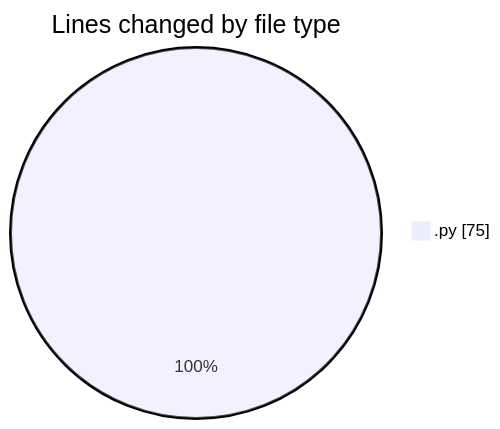
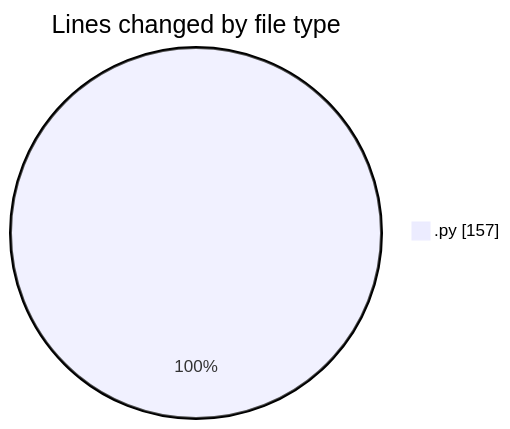
Before and after one commit to ernivani/code-tracking: the first of 2 diagrams in 2025-01-02/ai/README.md, drawn with Mermaid. The commit also changed other lines of this file and 1 other file, not shown here.

````diff
--- a/2025-01-02/ai/README.md
+++ b/2025-01-02/ai/README.md
@@ -21,5 +21,5 @@
 ```mermaid
 pie showData
 title Lines changed by file type
-".py" : 75
+".py" : 157
 ```
````
